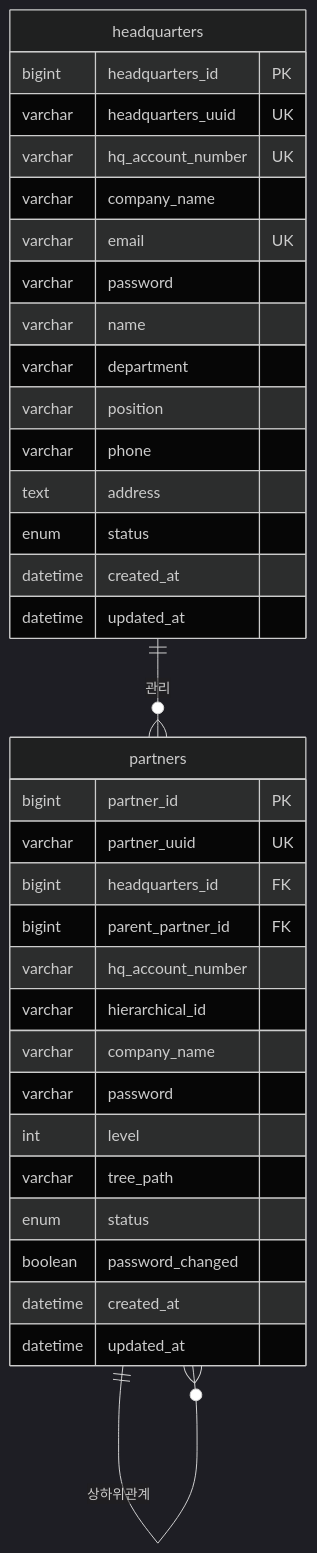
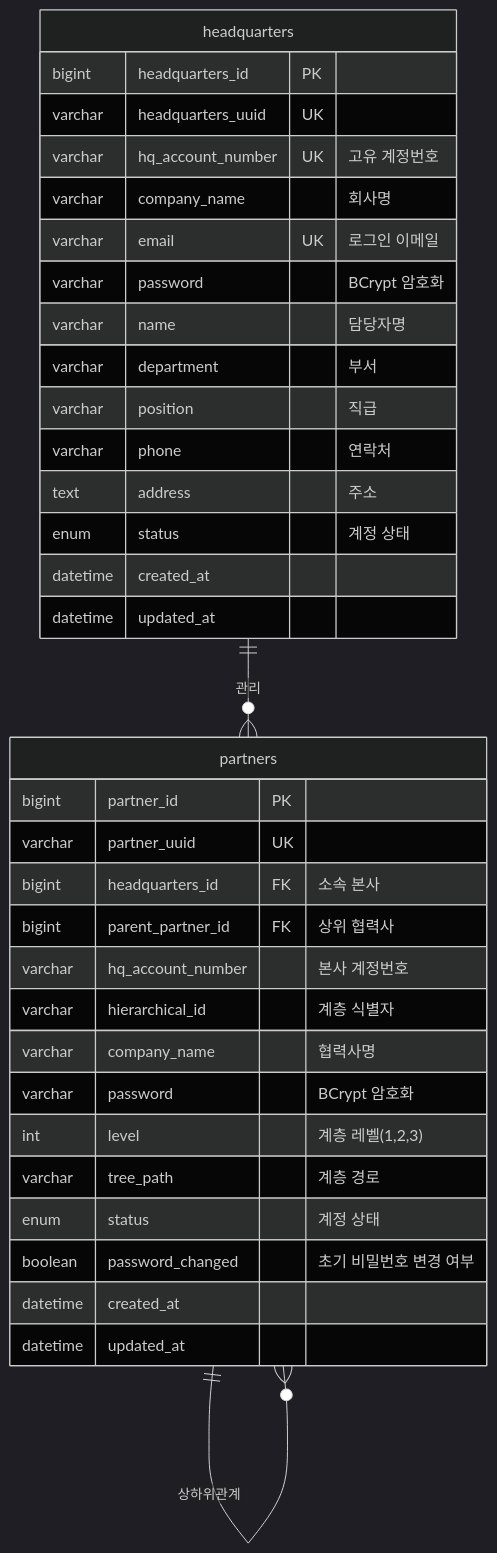
One commit to NSMM-v2/auth-service changed the seventh of 7 diagrams in README.md. Above: the diagram before and after it, drawn with Mermaid (dark theme). The commit also changed other lines of this file, not shown here.

````diff
--- a/README.md
+++ b/README.md
@@ -216,39 +215,39 @@
 ```mermaid
 erDiagram
     headquarters {
         bigint headquarters_id PK
         varchar headquarters_uuid UK
-        varchar hq_account_number UK
-        varchar company_name
-        varchar email UK
-        varchar password
-        varchar name
-        varchar department
-        varchar position
-        varchar phone
-        text address
-        enum status
+        varchar hq_account_number UK "고유 계정번호"
+        varchar company_name "회사명"
+        varchar email UK "로그인 이메일"
+        varchar password "BCrypt 암호화"
+        varchar name "담당자명"
+        varchar department "부서"
+        varchar position "직급"
+        varchar phone "연락처"
+        text address "주소"
+        enum status "계정 상태"
         datetime created_at
         datetime updated_at
     }
     
     partners {
         bigint partner_id PK
         varchar partner_uuid UK
-        bigint headquarters_id FK
-        bigint parent_partner_id FK
-        varchar hq_account_number
-        varchar hierarchical_id
-        varchar company_name
-        varchar password
-        int level
-        varchar tree_path
-        enum status
-        boolean password_changed
+        bigint headquarters_id FK "소속 본사"
+        bigint parent_partner_id FK "상위 협력사"
+        varchar hq_account_number "본사 계정번호"
+        varchar hierarchical_id "계층 식별자"
+        varchar company_name "협력사명"
+        varchar password "BCrypt 암호화"
+        int level "계층 레벨(1,2,3)"
+        varchar tree_path "계층 경로"
+        enum status "계정 상태"
+        boolean password_changed "초기 비밀번호 변경 여부"
         datetime created_at
         datetime updated_at
     }
     
     headquarters ||--o{ partners : "관리"
     partners ||--o{ partners : "상하위관계"
 ```
````
